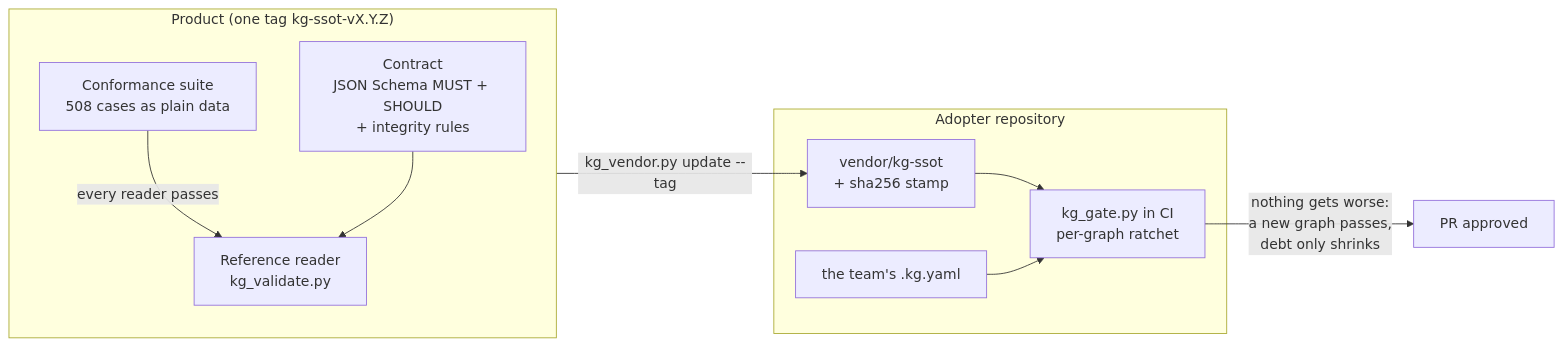
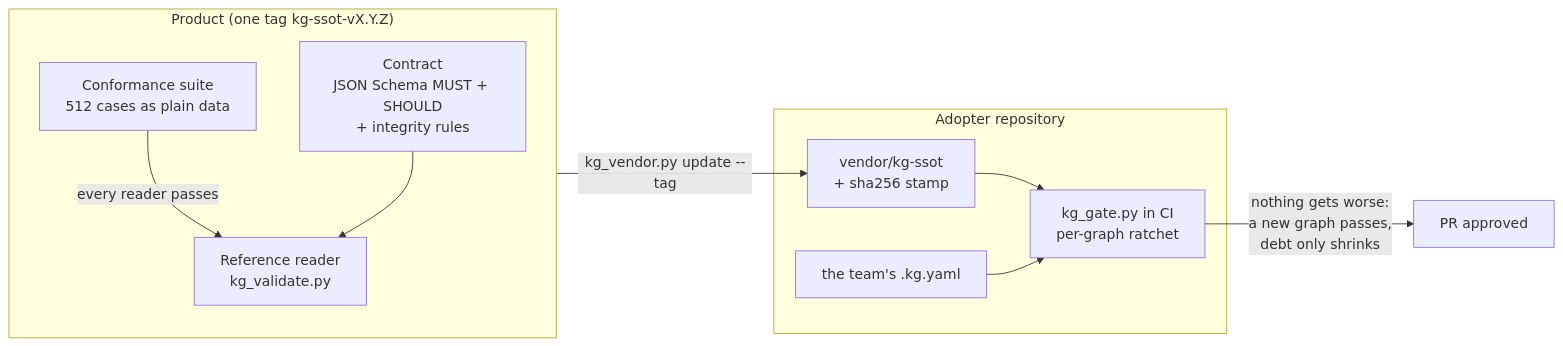
The diagram in README.md (marciocar/kg-ssot), drawn with Mermaid before and after one commit. The commit also changed other lines of this file and 37 other files, not shown here.

````diff
--- a/README.md
+++ b/README.md
@@ -137,19 +137,19 @@
 ```mermaid
 flowchart LR
   subgraph product["Product (one tag kg-ssot-vX.Y.Z)"]
     C["Contract<br/>JSON Schema MUST + SHOULD<br/>+ integrity rules"]
-    S["Conformance suite<br/>508 cases as plain data"]
+    S["Conformance suite<br/>512 cases as plain data"]
     R["Reference reader<br/>kg_validate.py"]
     S -- "every reader passes" --> R
     C --> R
   end
   subgraph adopter["Adopter repository"]
     V["vendor/kg-ssot<br/>+ sha256 stamp"]
     G["kg_gate.py in CI<br/>per-graph ratchet"]
     K["the team's .kg.yaml"]
     V --> G
     K --> G
   end
   product -- "kg_vendor.py update --tag" --> V
   G -- "nothing gets worse:<br/>a new graph passes,<br/>debt only shrinks" --> PR["PR approved"]
 ```
````
